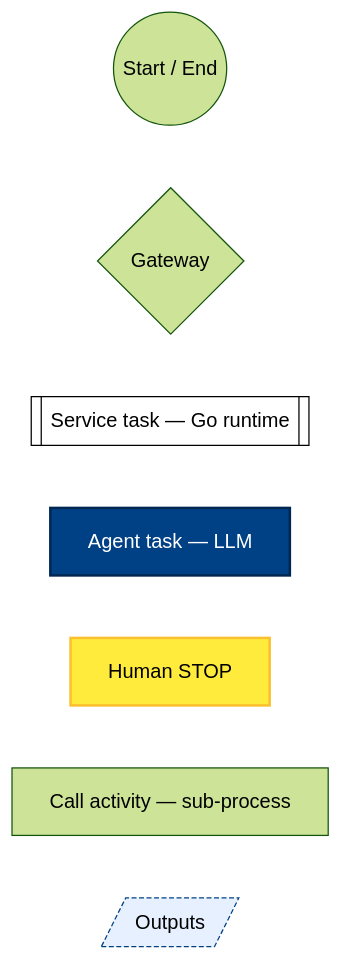
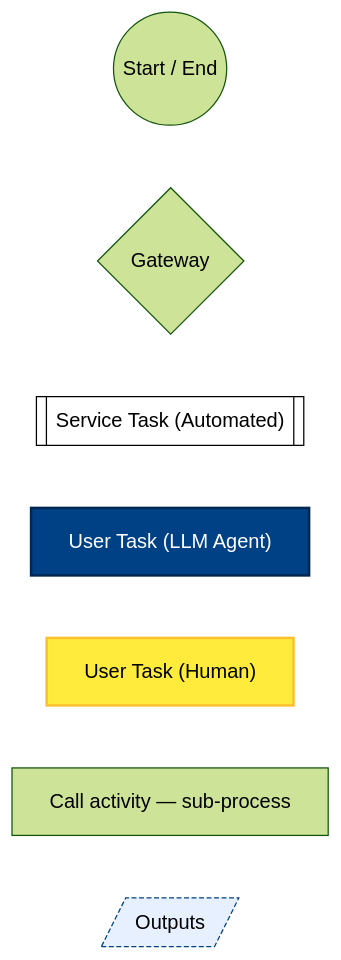
The first of 50 diagrams in docs/process-diagram.md (optivem/gh-optivem), drawn with Mermaid (forest theme) before and after one commit. The commit also changed other lines of this file and 3 other files, not shown here.

````diff
--- a/docs/process-diagram.md
+++ b/docs/process-diagram.md
@@ -17,22 +17,22 @@
 ```mermaid
 flowchart LR
     EVT((Start / End))
     GW{Gateway}
-    SVC[[Service task — Go runtime]]
-    AGT[Agent task — LLM]
-    HUM[Human STOP]
+    SVC[["Service Task (Automated)"]]
+    AGT["User Task (LLM Agent)"]
+    HUM["User Task (Human)"]
     CALL[Call activity — sub-process]
     OUT[/Outputs/]
 
     classDef serviceNode fill:#ffffff,stroke:#000000,stroke-width:1px,color:#000000
     class SVC serviceNode
 
     classDef agentNode fill:#004085,stroke:#002752,stroke-width:2px,color:#ffffff
     class AGT agentNode
 
     classDef humanNode fill:#ffeb3b,stroke:#fbc02d,stroke-width:2px,color:#000000
     class HUM humanNode
 
     classDef outputNode fill:#e7f0ff,stroke:#004085,stroke-width:1px,stroke-dasharray:4 2,color:#000000
     class OUT outputNode
 ```
````
